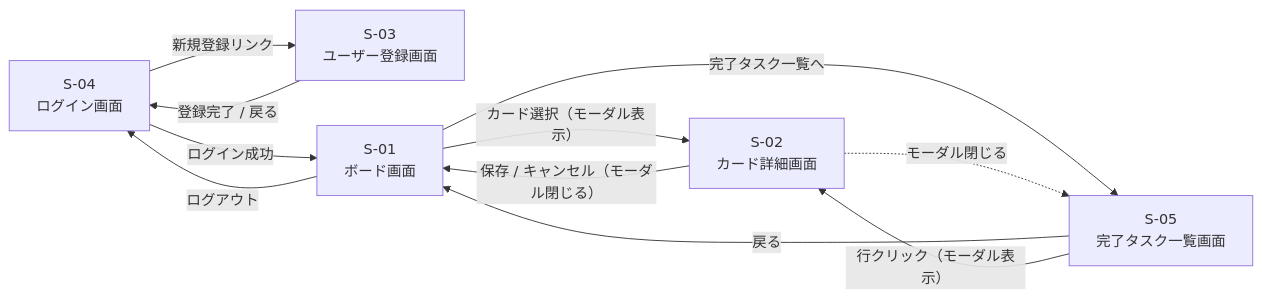
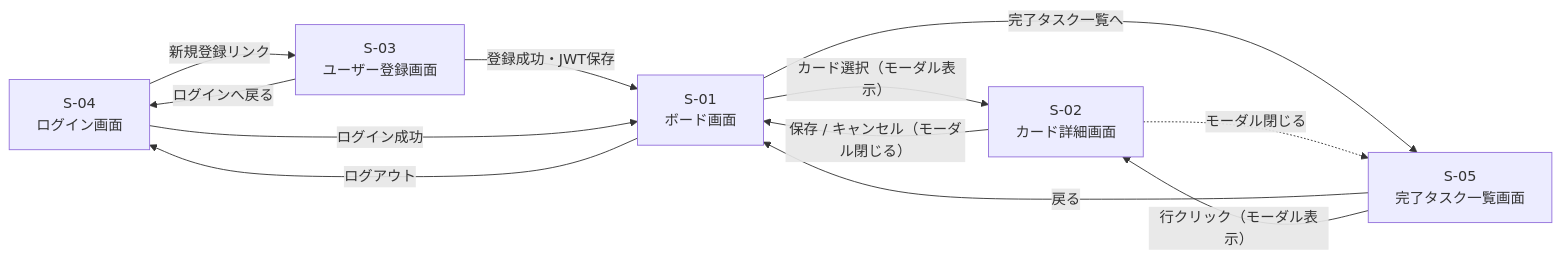
Before and after one commit to yamamotonaoki3/TaskManagement: the diagram in docs/details/screen-transitions.md, drawn with Mermaid. The commit also changed other lines of this file and 16 other files, not shown here.

````diff
--- a/docs/details/screen-transitions.md
+++ b/docs/details/screen-transitions.md
@@ -9,19 +11,20 @@
 ```mermaid
 flowchart LR
     S04[S-04<br/>ログイン画面]
     S03[S-03<br/>ユーザー登録画面]
     S01[S-01<br/>ボード画面]
     S02[S-02<br/>カード詳細画面]
     S05[S-05<br/>完了タスク一覧画面]
 
     S04 -- 新規登録リンク --> S03
-    S03 -- 登録完了 / 戻る --> S04
+    S03 -- 登録成功・JWT保存 --> S01
+    S03 -- ログインへ戻る --> S04
     S04 -- ログイン成功 --> S01
     S01 -- ログアウト --> S04
     S01 -- カード選択（モーダル表示） --> S02
     S02 -- 保存 / キャンセル（モーダル閉じる） --> S01
     S01 -- 完了タスク一覧へ --> S05
     S05 -- 戻る --> S01
     S05 -- 行クリック（モーダル表示） --> S02
     S02 -. モーダル閉じる .-> S05
 ```
````
